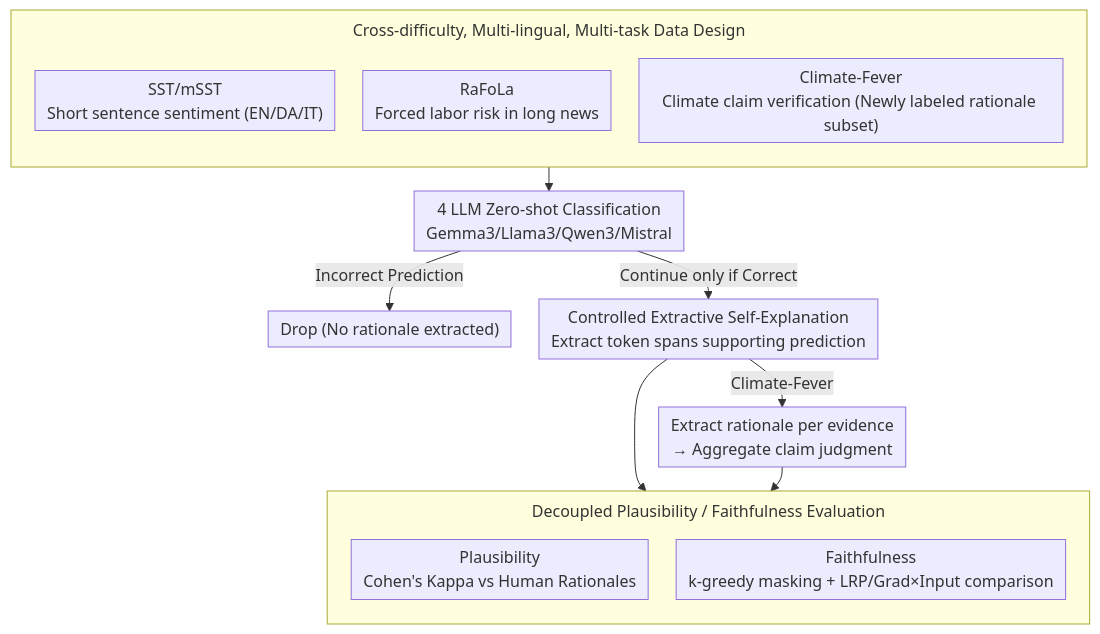
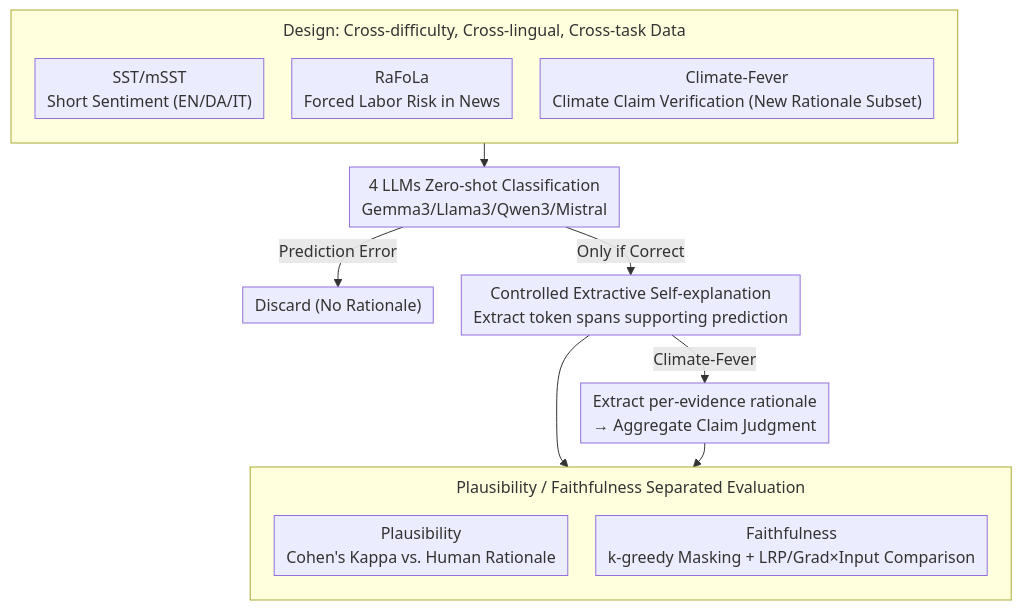
The diagram in docs/ACL2026/interpretability/a_systematic_comparison_between_extractive_self-explanations_and_human_rationale.md (zhaoyang97/Paper-Notes-en), drawn with Mermaid before and after one commit. The commit also changed other lines of this file and 5084 other files, not shown here.

````diff
--- a/docs/ACL2026/interpretability/a_systematic_comparison_between_extractive_self-explanations_and_human_rationale.md
+++ b/docs/ACL2026/interpretability/a_systematic_comparison_between_extractive_self-explanations_and_human_rationale.md
@@ -52,21 +52,21 @@
 ```mermaid
 %%{init: {'flowchart': {'rankSpacing': 24, 'nodeSpacing': 28, 'padding': 6, 'wrappingWidth': 400, 'subGraphTitleMargin': {'top': 8, 'bottom': 16}}}}%%
 flowchart TD
-    subgraph DATA["Cross-difficulty, Multi-lingual, Multi-task Data Design"]
+    subgraph DATA["Design: Cross-difficulty, Cross-lingual, Cross-task Data"]
         direction TB
-        D1["SST/mSST<br/>Short sentence sentiment (EN/DA/IT)"]
-        D2["RaFoLa<br/>Forced labor risk in long news"]
-        D3["Climate-Fever<br/>Climate claim verification (Newly labeled rationale subset)"]
+        D1["SST/mSST<br/>Short Sentiment (EN/DA/IT)"]
+        D2["RaFoLa<br/>Forced Labor Risk in News"]
+        D3["Climate-Fever<br/>Climate Claim Verification (New Rationale Subset)"]
     end
-    DATA --> CLF["4 LLM Zero-shot Classification<br/>Gemma3/Llama3/Qwen3/Mistral"]
-    CLF -->|"Incorrect Prediction"| DROP["Drop (No rationale extracted)"]
-    CLF -->|"Continue only if Correct"| EXT["Controlled Extractive Self-Explanation<br/>Extract token spans supporting prediction"]
-    EXT -->|"Climate-Fever"| AGG["Extract rationale per evidence<br/>→ Aggregate claim judgment"]
+    DATA --> CLF["4 LLMs Zero-shot Classification<br/>Gemma3/Llama3/Qwen3/Mistral"]
+    CLF -->|"Prediction Error"| DROP["Discard (No Rationale)"]
+    CLF -->|"Only if Correct"| EXT["Controlled Extractive Self-explanation<br/>Extract token spans supporting prediction"]
+    EXT -->|"Climate-Fever"| AGG["Extract per-evidence rationale<br/>→ Aggregate Claim Judgment"]
     EXT --> EVAL
     AGG --> EVAL
-    subgraph EVAL["Decoupled Plausibility / Faithfulness Evaluation"]
+    subgraph EVAL["Plausibility / Faithfulness Separated Evaluation"]
         direction TB
-        P["Plausibility<br/>Cohen's Kappa vs Human Rationales"]
-        F["Faithfulness<br/>k-greedy masking + LRP/Grad×Input comparison"]
+        P["Plausibility<br/>Cohen's Kappa vs. Human Rationale"]
+        F["Faithfulness<br/>k-greedy Masking + LRP/Grad×Input Comparison"]
     end
 ```
````
